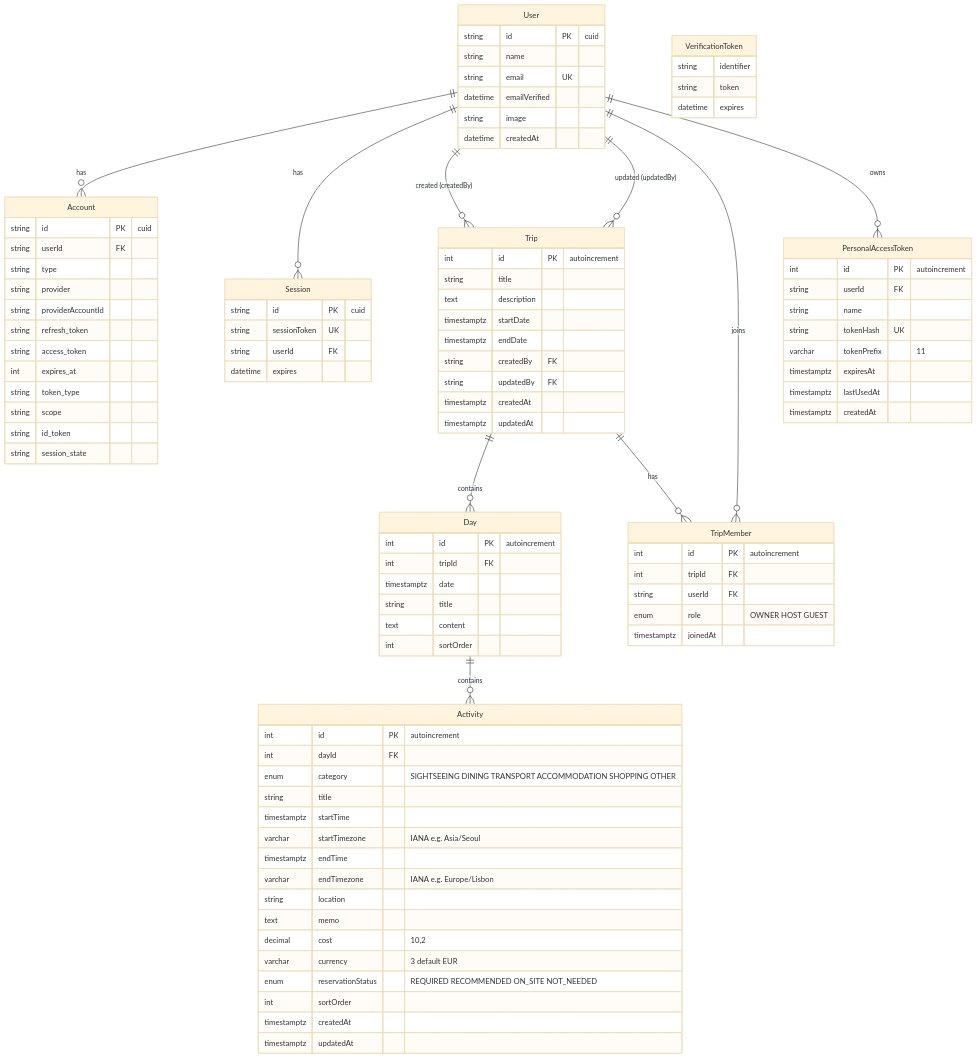
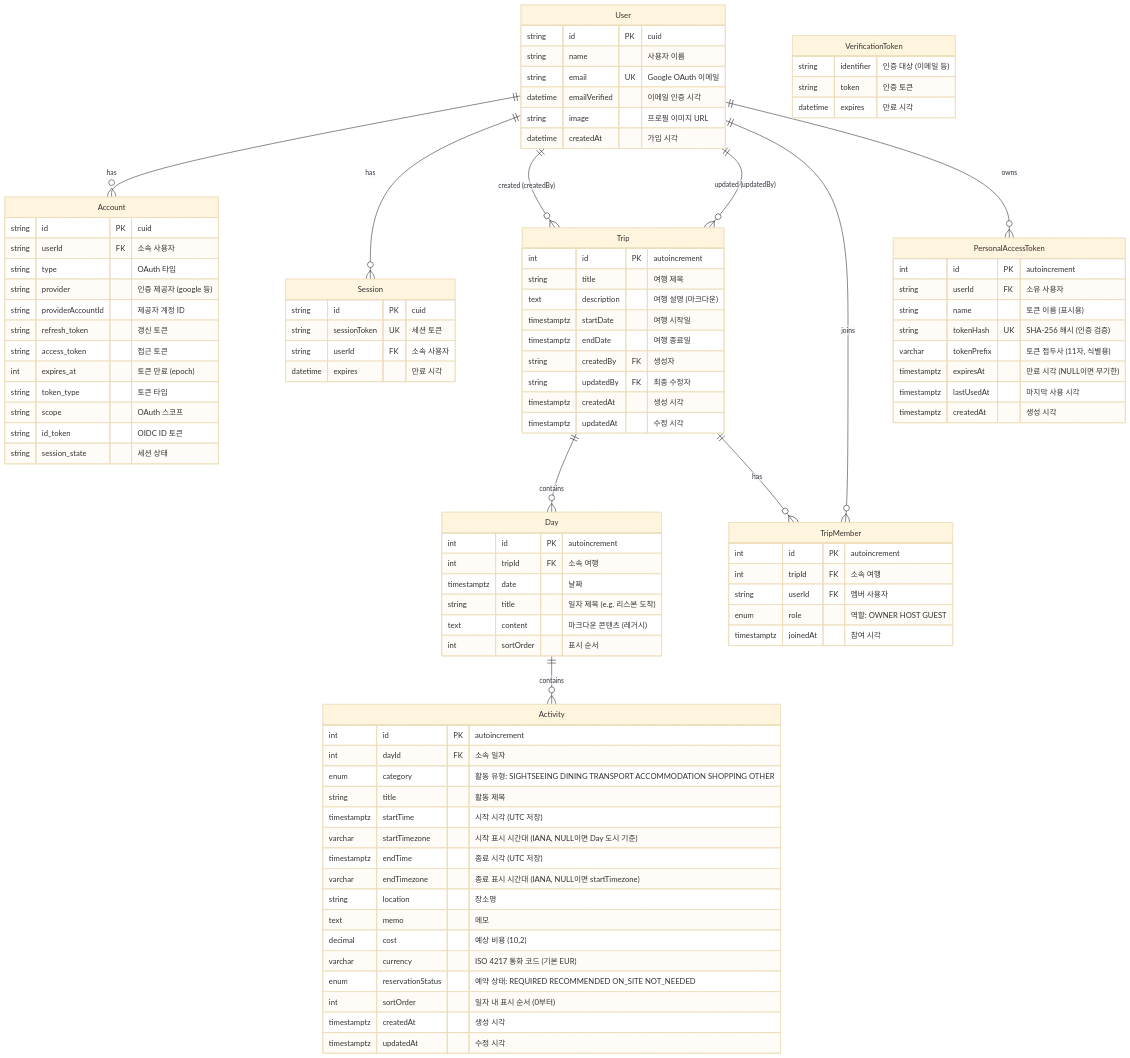
The diagram in docs/ERD.md (idean3885/trip-planner), drawn with Mermaid (base theme) before and after one commit.

Commit message:
docs: ERD 전체 컬럼 코멘트 추가

```diff
--- a/docs/ERD.md
+++ b/docs/ERD.md
@@ -6,98 +6,98 @@
 erDiagram
     User {
         string id PK "cuid"
-        string name
-        string email UK
-        datetime emailVerified
-        string image
-        datetime createdAt
+        string name "사용자 이름"
+        string email UK "Google OAuth 이메일"
+        datetime emailVerified "이메일 인증 시각"
+        string image "프로필 이미지 URL"
+        datetime createdAt "가입 시각"
     }
 
     Account {
         string id PK "cuid"
-        string userId FK
-        string type
-        string provider
-        string providerAccountId
-        string refresh_token
-        string access_token
-        int expires_at
-        string token_type
-        string scope
-        string id_token
-        string session_state
+        string userId FK "소속 사용자"
+        string type "OAuth 타입"
+        string provider "인증 제공자 (google 등)"
+        string providerAccountId "제공자 계정 ID"
+        string refresh_token "갱신 토큰"
+        string access_token "접근 토큰"
+        int expires_at "토큰 만료 (epoch)"
+        string token_type "토큰 타입"
+        string scope "OAuth 스코프"
+        string id_token "OIDC ID 토큰"
+        string session_state "세션 상태"
     }
 
     Session {
         string id PK "cuid"
-        string sessionToken UK
-        string userId FK
-        datetime expires
+        string sessionToken UK "세션 토큰"
+        string userId FK "소속 사용자"
+        datetime expires "만료 시각"
     }
 
     VerificationToken {
-        string identifier
-        string token
-        datetime expires
+        string identifier "인증 대상 (이메일 등)"
+        string token "인증 토큰"
+        datetime expires "만료 시각"
     }
 
     Trip {
         int id PK "autoincrement"
-        string title
-        text description
-        timestamptz startDate
-        timestamptz endDate
-        string createdBy FK
-        string updatedBy FK
-        timestamptz createdAt
-        timestamptz updatedAt
+        string title "여행 제목"
+        text description "여행 설명 (마크다운)"
+        timestamptz startDate "여행 시작일"
+        timestamptz endDate "여행 종료일"
+        string createdBy FK "생성자"
+        string updatedBy FK "최종 수정자"
+        timestamptz createdAt "생성 시각"
+        timestamptz updatedAt "수정 시각"
     }
 
     Day {
         int id PK "autoincrement"
-        int tripId FK
-        timestamptz date
-        string title
-        text content
-        int sortOrder
+        int tripId FK "소속 여행"
+        timestamptz date "날짜"
+        string title "일자 제목 (e.g. 리스본 도착)"
+        text content "마크다운 콘텐츠 (레거시)"
+        int sortOrder "표시 순서"
     }
 
     Activity {
         int id PK "autoincrement"
-        int dayId FK
-        enum category "SIGHTSEEING DINING TRANSPORT ACCOMMODATION SHOPPING OTHER"
-        string title
-        timestamptz startTime
-        varchar startTimezone "IANA e.g. Asia/Seoul"
-        timestamptz endTime
-        varchar endTimezone "IANA e.g. Europe/Lisbon"
-        string location
-        text memo
-        decimal cost "10,2"
-        varchar currency "3 default EUR"
-        enum reservationStatus "REQUIRED RECOMMENDED ON_SITE NOT_NEEDED"
-        int sortOrder
-        timestamptz createdAt
-        timestamptz updatedAt
+        int dayId FK "소속 일자"
+        enum category "활동 유형: SIGHTSEEING DINING TRANSPORT ACCOMMODATION SHOPPING OTHER"
+        string title "활동 제목"
+        timestamptz startTime "시작 시각 (UTC 저장)"
+        varchar startTimezone "시작 표시 시간대 (IANA, NULL이면 Day 도시 기준)"
+        timestamptz endTime "종료 시각 (UTC 저장)"
+        varchar endTimezone "종료 표시 시간대 (IANA, NULL이면 startTimezone)"
+        string location "장소명"
+        text memo "메모"
+        decimal cost "예상 비용 (10,2)"
+        varchar currency "ISO 4217 통화 코드 (기본 EUR)"
+        enum reservationStatus "예약 상태: REQUIRED RECOMMENDED ON_SITE NOT_NEEDED"
+        int sortOrder "일자 내 표시 순서 (0부터)"
+        timestamptz createdAt "생성 시각"
+        timestamptz updatedAt "수정 시각"
     }
 
     TripMember {
         int id PK "autoincrement"
-        int tripId FK
-        string userId FK
-        enum role "OWNER HOST GUEST"
-        timestamptz joinedAt
+        int tripId FK "소속 여행"
+        string userId FK "멤버 사용자"
+        enum role "역할: OWNER HOST GUEST"
+        timestamptz joinedAt "참여 시각"
     }
 
     PersonalAccessToken {
         int id PK "autoincrement"
-        string userId FK
-        string name
-        string tokenHash UK
-        varchar tokenPrefix "11"
-        timestamptz expiresAt
-        timestamptz lastUsedAt
-        timestamptz createdAt
+        string userId FK "소유 사용자"
+        string name "토큰 이름 (표시용)"
+        string tokenHash UK "SHA-256 해시 (인증 검증)"
+        varchar tokenPrefix "토큰 접두사 (11자, 식별용)"
+        timestamptz expiresAt "만료 시각 (NULL이면 무기한)"
+        timestamptz lastUsedAt "마지막 사용 시각"
+        timestamptz createdAt "생성 시각"
     }
 
     User ||--o{ Account : "has"
```
